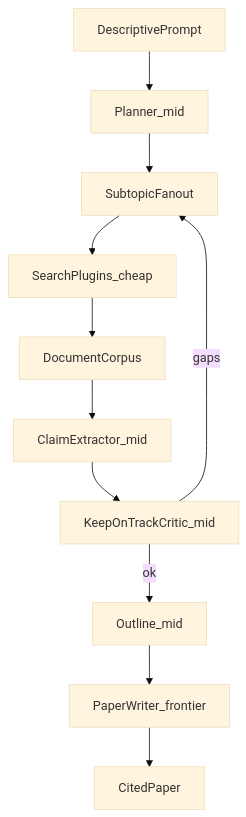
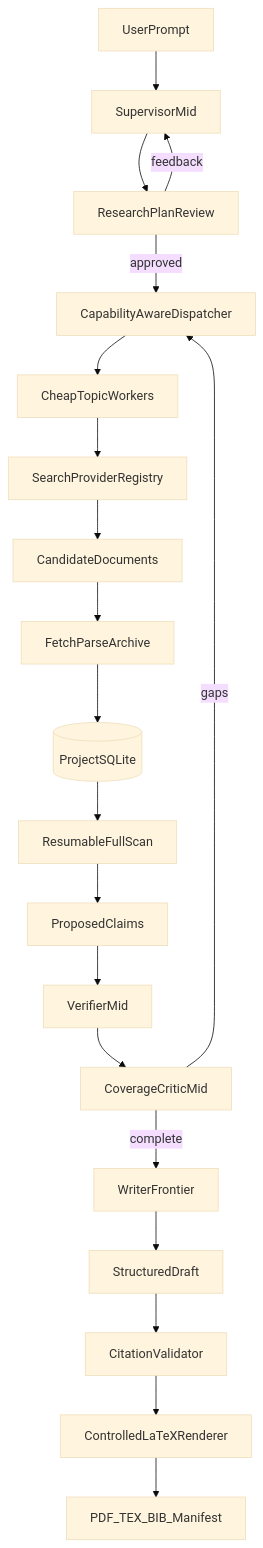
Before and after one commit to willcipriano/DeepRhetor: the first of 2 diagrams in PLAN.md, drawn with Mermaid (base theme). The commit also changed other lines of this file and 37 other files, not shown here.

````diff
--- a/PLAN.md
+++ b/PLAN.md
@@ -31,13 +180,22 @@
 ```mermaid
 flowchart TD
-  prompt[DescriptivePrompt] --> planner[Planner_mid]
-  planner --> topics[SubtopicFanout]
-  topics --> search[SearchPlugins_cheap]
-  search --> docs[DocumentCorpus]
-  docs --> claims[ClaimExtractor_mid]
-  claims --> track[KeepOnTrackCritic_mid]
-  track -->|gaps| topics
-  track -->|ok| outline[Outline_mid]
-  outline --> writer[PaperWriter_frontier]
-  writer --> paper[CitedPaper]
+  userPrompt[UserPrompt] --> supervisor[SupervisorMid]
+  supervisor --> planReview[ResearchPlanReview]
+  planReview -->|feedback| supervisor
+  planReview -->|approved| dispatcher[CapabilityAwareDispatcher]
+  dispatcher --> workers[CheapTopicWorkers]
+  workers --> searchRegistry[SearchProviderRegistry]
+  searchRegistry --> candidates[CandidateDocuments]
+  candidates --> fetchPipeline[FetchParseArchive]
+  fetchPipeline --> projectDb[(ProjectSQLite)]
+  projectDb --> fullScan[ResumableFullScan]
+  fullScan --> proposedClaims[ProposedClaims]
+  proposedClaims --> verifier[VerifierMid]
+  verifier --> critic[CoverageCriticMid]
+  critic -->|gaps| dispatcher
+  critic -->|complete| writer[WriterFrontier]
+  writer --> structuredDraft[StructuredDraft]
+  structuredDraft --> validator[CitationValidator]
+  validator --> renderer[ControlledLaTeXRenderer]
+  renderer --> exports[PDF_TEX_BIB_Manifest]
 ```
````
